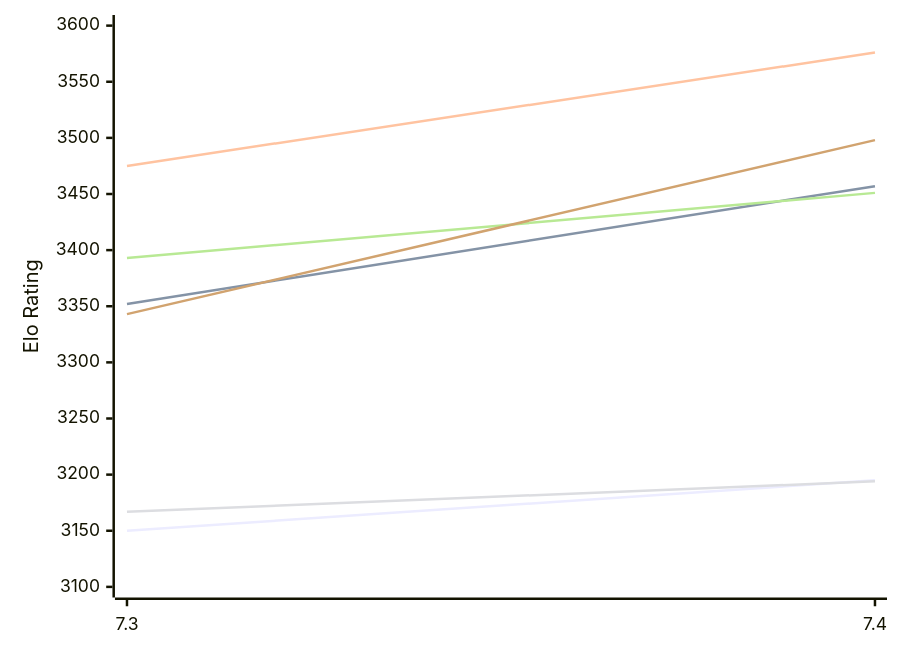
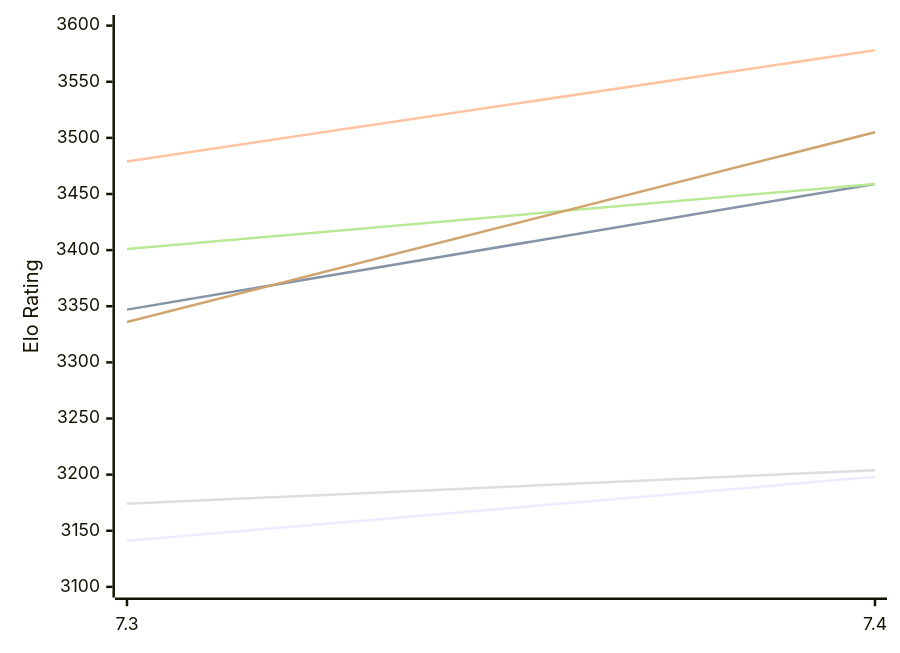
One commit to computer-chess-index/cci changed the diagram in engines/Booot.md. Above: the diagram before and after it, drawn with Mermaid. The commit also changed other lines of this file, not shown here.

Commit message:
Update CCI Ratings (ELO VLTC) - 2026-11-25

````diff
--- a/engines/Booot.md
+++ b/engines/Booot.md
@@ -49,12 +49,12 @@
 ```mermaid
 %%{init: {"theme":"base","themeVariables":{"seriesColors:['#a3a3a3','#222221','#faa371']}}}%%
 xychart-beta
   x-axis ["7.3", "7.4"]
   y-axis "Elo Rating" 3100 --> 3600
-  line "E1: STC (8.0+0.08s)" [3150, 3195]
-  line "E1: LTC (60.0+0.60s)" [3352, 3457]
-  line "E1: VLTC (2m24s+1.12s)" [3475, 3576]
-  line "P1: STC (8.0+0.08s)" [3167, 3194]
-  line "P1: LTC (60.0+0.60s)" [3393, 3451]
-  line "P1: VLTC (2m24s+1.12s)" [3343, 3498]
+  line "E1: STC (8.0+0.08s)" [3141, 3198]
+  line "E1: LTC (60.0+0.60s)" [3347, 3459]
+  line "E1: VLTC (2m24s+1.12s)" [3479, 3578]
+  line "P1: STC (8.0+0.08s)" [3174, 3204]
+  line "P1: LTC (60.0+0.60s)" [3401, 3459]
+  line "P1: VLTC (2m24s+1.12s)" [3336, 3505]
 ```
````
